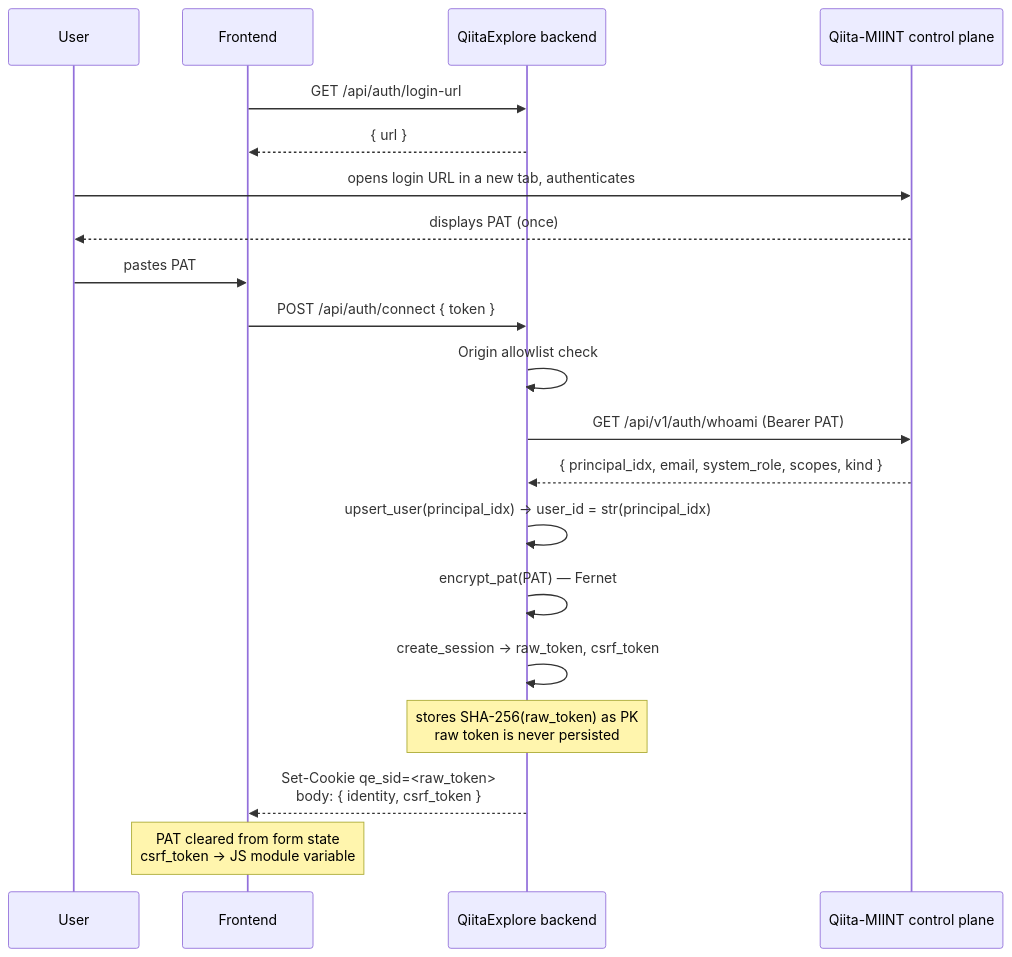
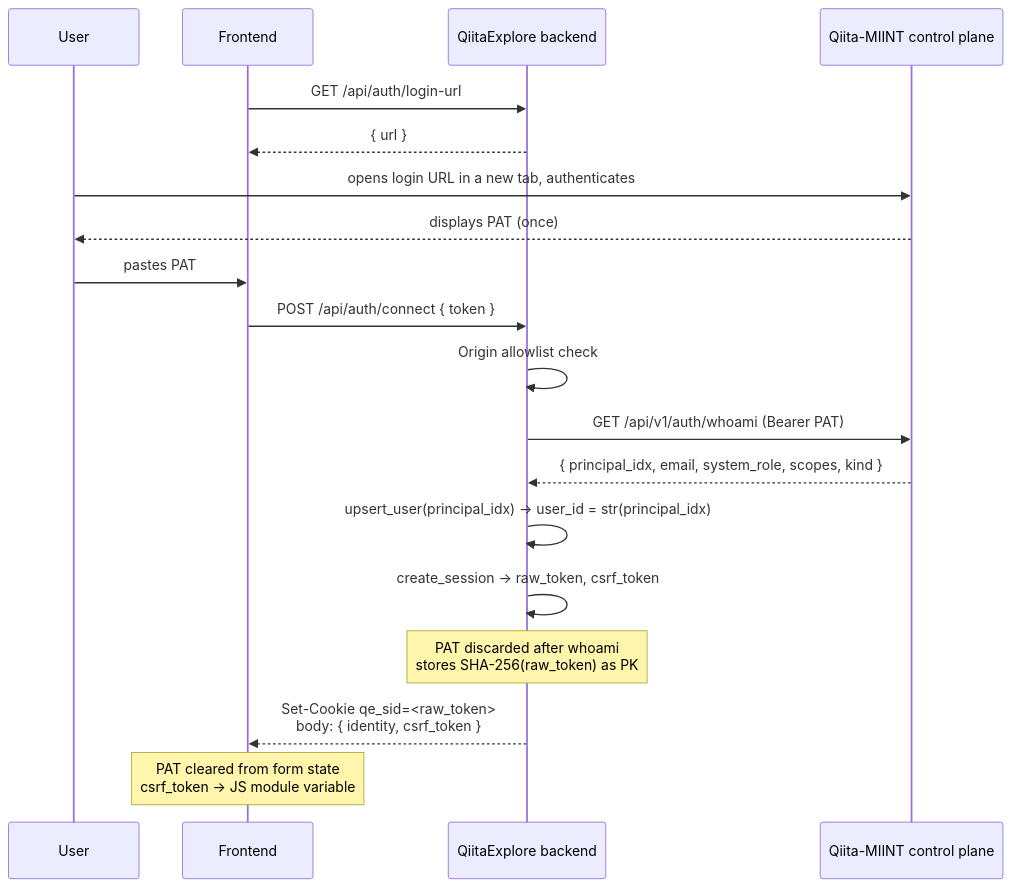
The first of 3 diagrams in docs/02-authentication.md (dhruvviveksharma/QiitaExplore), drawn with Mermaid before and after one commit. The commit also changed other lines of this file and 18 other files, not shown here.

````diff
--- a/docs/02-authentication.md
+++ b/docs/02-authentication.md
@@ -37,23 +37,22 @@
 ```mermaid
 sequenceDiagram
     participant U as User
     participant FE as Frontend
     participant BE as QiitaExplore backend
     participant CP as Qiita-MIINT control plane
 
     FE->>BE: GET /api/auth/login-url
     BE-->>FE: { url }
     U->>CP: opens login URL in a new tab, authenticates
     CP-->>U: displays PAT (once)
     U->>FE: pastes PAT
     FE->>BE: POST /api/auth/connect { token }
     BE->>BE: Origin allowlist check
     BE->>CP: GET /api/v1/auth/whoami (Bearer PAT)
     CP-->>BE: { principal_idx, email, system_role, scopes, kind }
     BE->>BE: upsert_user(principal_idx) → user_id = str(principal_idx)
-    BE->>BE: encrypt_pat(PAT) — Fernet
     BE->>BE: create_session → raw_token, csrf_token
-    Note over BE: stores SHA-256(raw_token) as PK<br/>raw token is never persisted
+    Note over BE: PAT discarded after whoami<br/>stores SHA-256(raw_token) as PK
     BE-->>FE: Set-Cookie qe_sid=<raw_token><br/>body: { identity, csrf_token }
     Note over FE: PAT cleared from form state<br/>csrf_token → JS module variable
 ```
````
